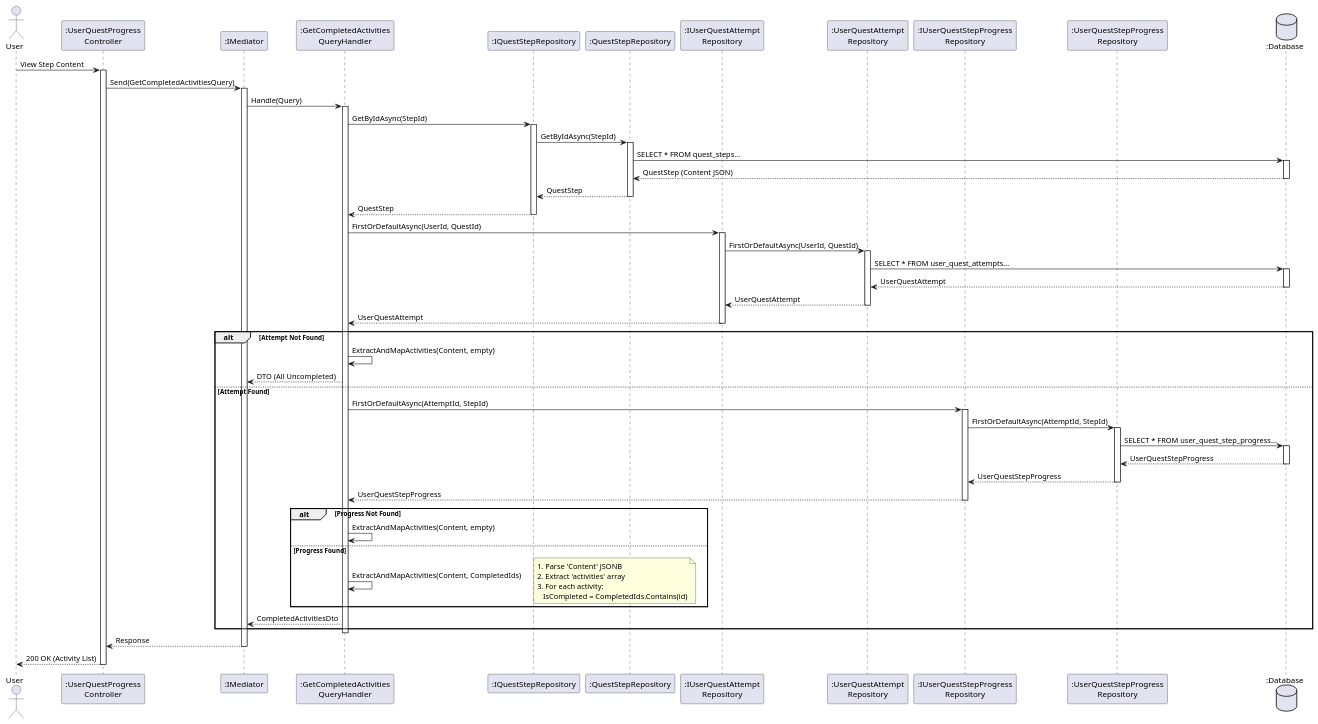
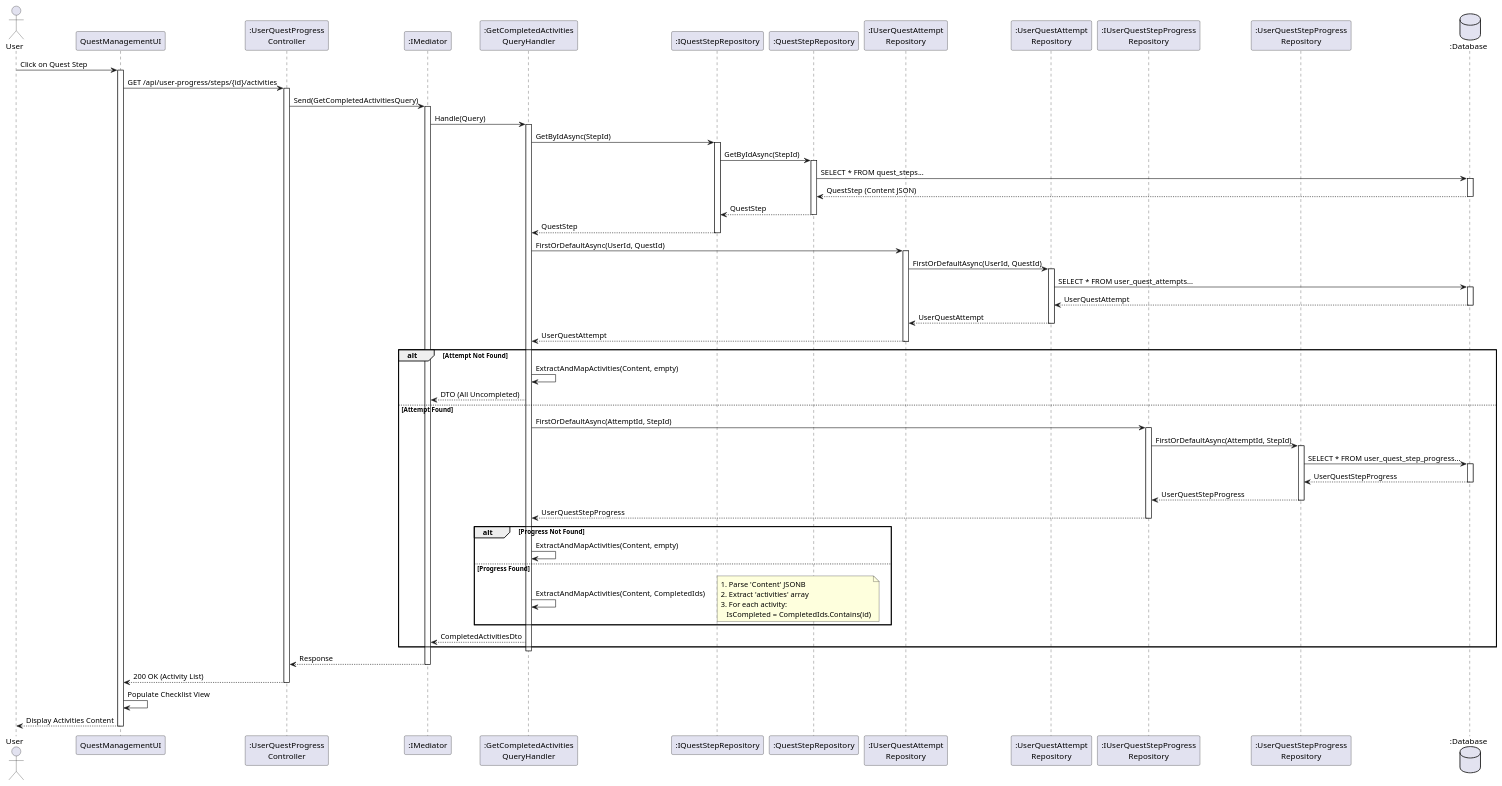
The diagram in docs/srs/diagrams/sequence-diagram/quest-learning/get-completed-activities.puml (FA25SE050-RogueLearn/RogueLearn.BMAD.Documentation), drawn with PlantUML before and after one commit. The commit also changed 77 other files, not shown here.

Commit message:
add: fix the sequence diagrams

```diff
--- a/docs/srs/diagrams/sequence-diagram/quest-learning/get-completed-activities.puml
+++ b/docs/srs/diagrams/sequence-diagram/quest-learning/get-completed-activities.puml
@@ -1,92 +1,100 @@
 @startuml
 actor User
+participant QuestManagementUI as UI
 participant ":UserQuestProgress\nController" as Controller
 participant ":IMediator" as Med
 participant ":GetCompletedActivities\nQueryHandler" as Handler
 participant ":IQuestStepRepository" as IStepRepo
 participant ":QuestStepRepository" as StepRepo
 participant ":IUserQuestAttempt\nRepository" as IAttemptRepo
 participant ":UserQuestAttempt\nRepository" as AttemptRepo
 participant ":IUserQuestStepProgress\nRepository" as IProgressRepo
 participant ":UserQuestStepProgress\nRepository" as ProgressRepo
 database ":Database" as DB
 
-User -> Controller : View Step Content
+User -> UI : Click on Quest Step
+activate UI
+
+UI -> Controller : GET /api/user-progress/steps/{id}/activities
 activate Controller
 
 Controller -> Med : Send(GetCompletedActivitiesQuery)
 activate Med
 
 Med -> Handler : Handle(Query)
 activate Handler
 
 ' 1. Fetch Master Content
 Handler -> IStepRepo : GetByIdAsync(StepId)
 activate IStepRepo
 IStepRepo -> StepRepo : GetByIdAsync(StepId)
 activate StepRepo
 StepRepo -> DB : SELECT * FROM quest_steps...
 activate DB
 DB --> StepRepo : QuestStep (Content JSON)
 deactivate DB
 StepRepo --> IStepRepo : QuestStep
 deactivate StepRepo
 IStepRepo --> Handler : QuestStep
 deactivate IStepRepo
 
 ' 2. Fetch User Context
 Handler -> IAttemptRepo : FirstOrDefaultAsync(UserId, QuestId)
 activate IAttemptRepo
 IAttemptRepo -> AttemptRepo : FirstOrDefaultAsync(UserId, QuestId)
 activate AttemptRepo
 AttemptRepo -> DB : SELECT * FROM user_quest_attempts...
 activate DB
 DB --> AttemptRepo : UserQuestAttempt
 deactivate DB
 AttemptRepo --> IAttemptRepo : UserQuestAttempt
 deactivate AttemptRepo
 IAttemptRepo --> Handler : UserQuestAttempt
 deactivate IAttemptRepo
 
 alt Attempt Not Found
     Handler -> Handler : ExtractAndMapActivities(Content, empty)
     Handler --> Med : DTO (All Uncompleted)
 else Attempt Found
     ' 3. Fetch Specific Progress
     Handler -> IProgressRepo : FirstOrDefaultAsync(AttemptId, StepId)
     activate IProgressRepo
     IProgressRepo -> ProgressRepo : FirstOrDefaultAsync(AttemptId, StepId)
     activate ProgressRepo
     ProgressRepo -> DB : SELECT * FROM user_quest_step_progress...
     activate DB
     DB --> ProgressRepo : UserQuestStepProgress
     deactivate DB
     ProgressRepo --> IProgressRepo : UserQuestStepProgress
     deactivate ProgressRepo
     IProgressRepo --> Handler : UserQuestStepProgress
     deactivate IProgressRepo
 
     alt Progress Not Found
          Handler -> Handler : ExtractAndMapActivities(Content, empty)
     else Progress Found
          ' 4. Map Completion
          Handler -> Handler : ExtractAndMapActivities(Content, CompletedIds)
          note right
             1. Parse 'Content' JSONB
             2. Extract 'activities' array
             3. For each activity:
                IsCompleted = CompletedIds.Contains(id)
          end note
     end
     
     Handler --> Med : CompletedActivitiesDto
 end
 
 deactivate Handler
 
 Med --> Controller : Response
 deactivate Med
 
-Controller --> User : 200 OK (Activity List)
+Controller --> UI : 200 OK (Activity List)
 deactivate Controller
+
+UI -> UI : Populate Checklist View
+UI --> User : Display Activities Content
+deactivate UI
 @enduml
```
